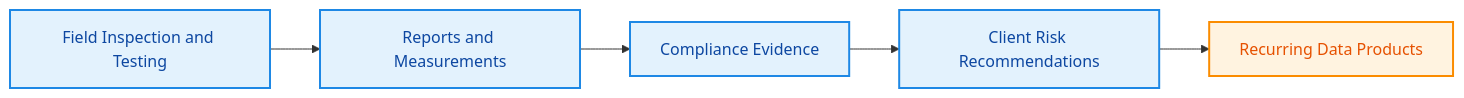
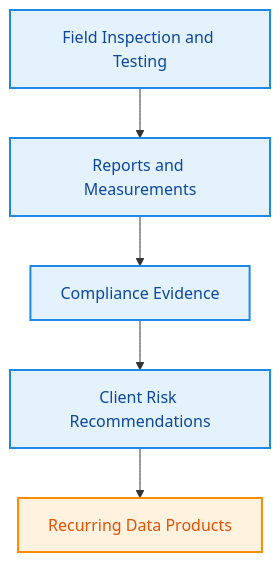
One commit to willtran112358/socotec-client-data-solution changed the first of 10 diagrams in README.md. Above: the diagram before and after it, drawn with Mermaid. The commit also changed other lines of this file, not shown here.

First line of the commit message:
Improve Mermaid readability with vertical layouts.

````diff
--- a/README.md
+++ b/README.md
@@ -33,13 +33,13 @@
 ```mermaid
-flowchart LR
+flowchart TB
     A[Field Inspection and Testing] --> B[Reports and Measurements]
     B --> C[Compliance Evidence]
     C --> D[Client Risk Recommendations]
     D --> E[Recurring Data Products]
 
     classDef ops fill:#E3F2FD,stroke:#1E88E5,stroke-width:2px,color:#0D47A1;
     classDef value fill:#E8F5E9,stroke:#43A047,stroke-width:2px,color:#1B5E20;
     classDef product fill:#FFF3E0,stroke:#FB8C00,stroke-width:2px,color:#E65100;
     class A,B,C,D ops;
     class E product;
 ```
````
